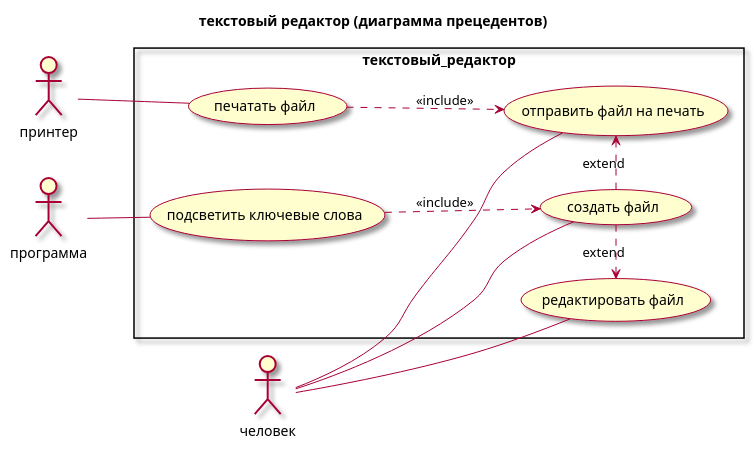
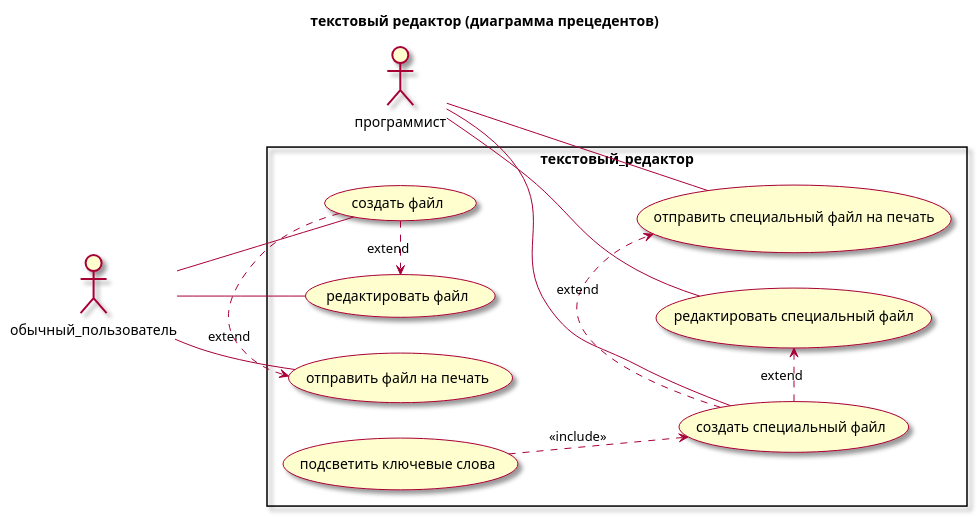
One commit to PolyanskayaP/TMP_6sem changed the first of 2 diagrams in pr1.puml. Above: the diagram before and after it, drawn with PlantUML. The commit also changed other lines of this file, not shown here.

Commit message:
диаграмма прецедентов исправлена

```diff
--- a/pr1.puml
+++ b/pr1.puml
@@ -1,21 +1,28 @@
 @startuml
 
 skin rose
 left to right direction
 title текстовый редактор (диаграмма прецедентов) 
-actor человек
-actor программа
-actor принтер
+actor обычный_пользователь
+actor программист
 
 rectangle текстовый_редактор {
-человек -- (создать файл)
-человек -- (редактировать файл)
-человек -- (отправить файл на печать)
-принтер -- (печатать файл)
-программа -- (подсветить ключевые слова)
+обычный_пользователь -- (создать файл)
+обычный_пользователь -- (редактировать файл)
+обычный_пользователь -- (отправить файл на печать)
+
+программист -- (создать специальный файл)
+программист -- (редактировать специальный файл)
+программист -- (отправить специальный файл на печать)
+
+(подсветить ключевые слова)
 (создать файл) .> (редактировать файл) : extend
 (создать файл) .> (отправить файл на печать) : extend
-(печатать файл) ..> (отправить файл на печать):<<include>>
-(подсветить ключевые слова) ..> (создать файл):<<include>>
+(отправить файл на печать) 
+
+(создать специальный файл) .> (редактировать специальный файл) : extend
+(создать специальный файл) .> (отправить специальный файл на печать) : extend
+(отправить специальный файл на печать) 
+(подсветить ключевые слова) ..> (создать специальный файл):<<include>>
 }
 @enduml
```
